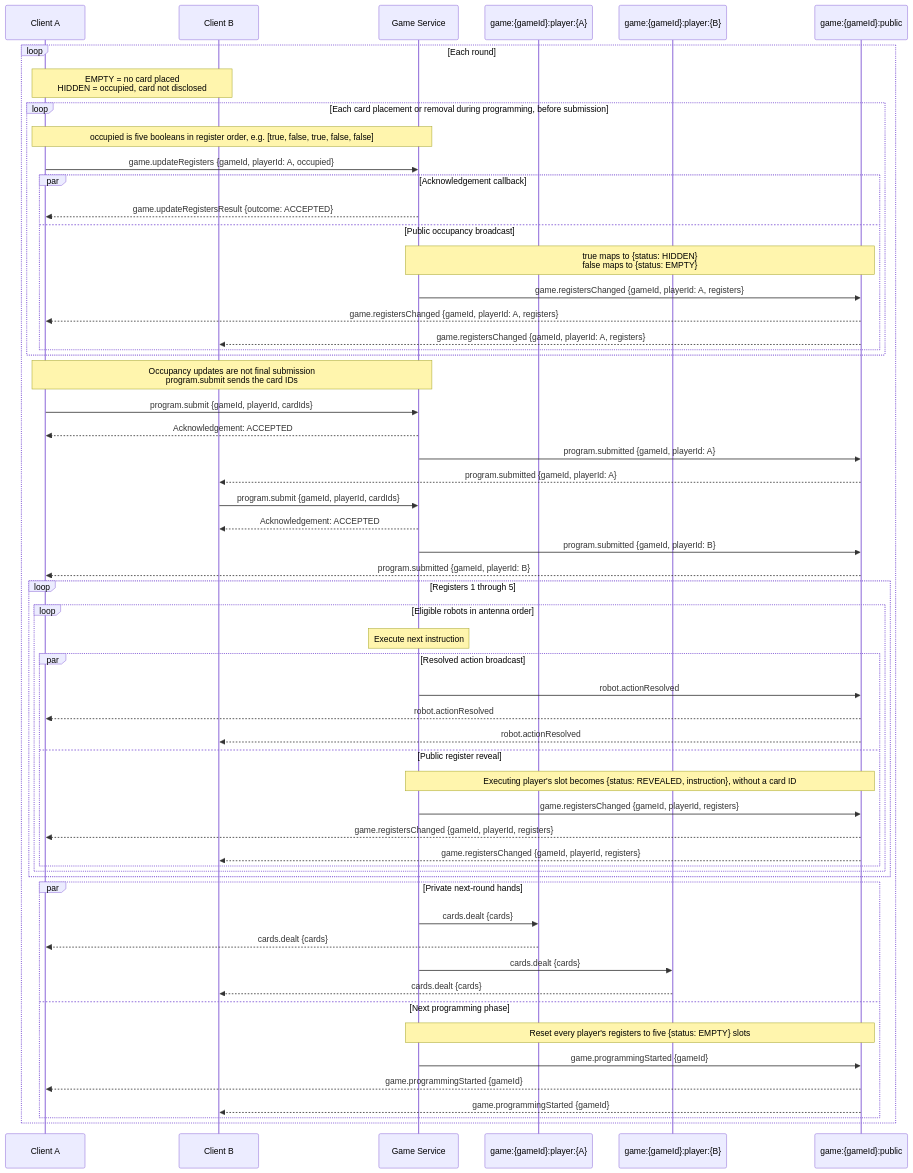
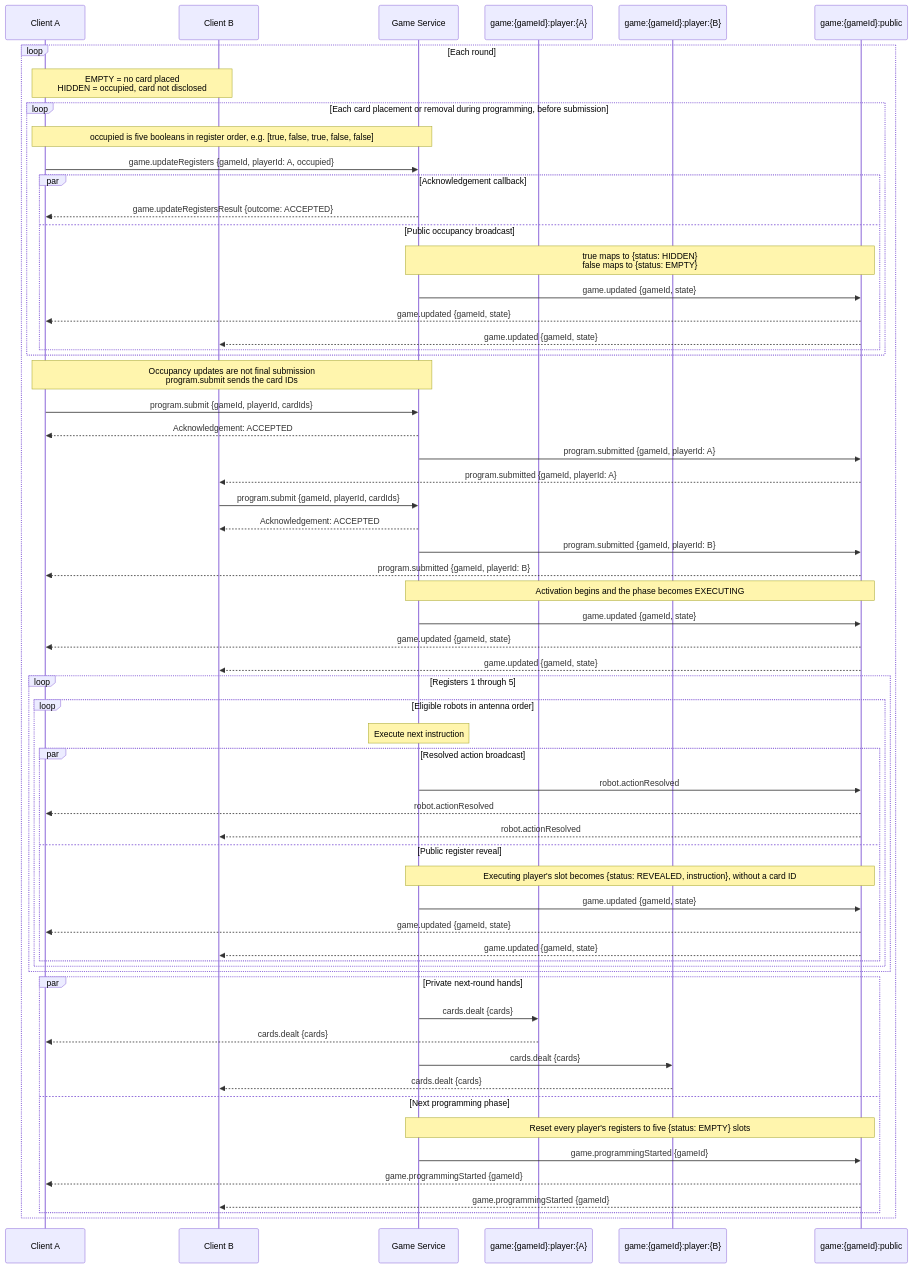
One commit to hananinas/RoboRally changed the second of 4 diagrams in docs/Communication.md. Above: the diagram before and after it, drawn with Mermaid. The commit also changed other lines of this file and 2 other files, not shown here.

Commit message:
docs: publish registers through the shared game state
Replaces the per-player game.registersChanged message with game.updated, whose
state omits the board clients already hold, and records that revealed slots stay
published until game.programmingStarted resets them.

Part of #143

````diff
--- a/docs/Communication.md
+++ b/docs/Communication.md
@@ -205,62 +205,66 @@
 ```mermaid
 sequenceDiagram
     participant A as Client A
     participant B as Client B
     participant Server as Game Service
     participant PrivateA as game:{gameId}:player:{A}
     participant PrivateB as game:{gameId}:player:{B}
     participant Public as game:{gameId}:public
 
     loop Each round
         Note over A,B: EMPTY = no card placed<br/>HIDDEN = occupied, card not disclosed
         loop Each card placement or removal during programming, before submission
             Note over A,Server: occupied is five booleans in register order, e.g. [true, false, true, false, false]
             A->>Server: game.updateRegisters {gameId, playerId: A, occupied}
             par Acknowledgement callback
                 Server-->>A: game.updateRegistersResult {outcome: ACCEPTED}
             and Public occupancy broadcast
                 Note over Server,Public: true maps to {status: HIDDEN}<br/>false maps to {status: EMPTY}
-                Server->>Public: game.registersChanged {gameId, playerId: A, registers}
-                Public-->>A: game.registersChanged {gameId, playerId: A, registers}
-                Public-->>B: game.registersChanged {gameId, playerId: A, registers}
+                Server->>Public: game.updated {gameId, state}
+                Public-->>A: game.updated {gameId, state}
+                Public-->>B: game.updated {gameId, state}
             end
         end
         Note over A,Server: Occupancy updates are not final submission<br/>program.submit sends the card IDs
         A->>Server: program.submit {gameId, playerId, cardIds}
         Server-->>A: Acknowledgement: ACCEPTED
         Server->>Public: program.submitted {gameId, playerId: A}
         Public-->>B: program.submitted {gameId, playerId: A}
 
         B->>Server: program.submit {gameId, playerId, cardIds}
         Server-->>B: Acknowledgement: ACCEPTED
         Server->>Public: program.submitted {gameId, playerId: B}
         Public-->>A: program.submitted {gameId, playerId: B}
+        Note over Server,Public: Activation begins and the phase becomes EXECUTING
+        Server->>Public: game.updated {gameId, state}
+        Public-->>A: game.updated {gameId, state}
+        Public-->>B: game.updated {gameId, state}
         loop Registers 1 through 5
             loop Eligible robots in antenna order
                 Note over Server: Execute next instruction
                 par Resolved action broadcast
                     Server->>Public: robot.actionResolved
                     Public-->>A: robot.actionResolved
                     Public-->>B: robot.actionResolved
                 and Public register reveal
                     Note over Server,Public: Executing player's slot becomes {status: REVEALED, instruction}, without a card ID
-                    Server->>Public: game.registersChanged {gameId, playerId, registers}
-                    Public-->>A: game.registersChanged {gameId, playerId, registers}
-                    Public-->>B: game.registersChanged {gameId, playerId, registers}
+                    Server->>Public: game.updated {gameId, state}
+                    Public-->>A: game.updated {gameId, state}
+                    Public-->>B: game.updated {gameId, state}
                 end
             end
         end
 
         par Private next-round hands
             Server->>PrivateA: cards.dealt {cards}
             PrivateA-->>A: cards.dealt {cards}
             Server->>PrivateB: cards.dealt {cards}
             PrivateB-->>B: cards.dealt {cards}
         and Next programming phase
             Note over Server,Public: Reset every player's registers to five {status: EMPTY} slots
             Server->>Public: game.programmingStarted {gameId}
             Public-->>A: game.programmingStarted {gameId}
             Public-->>B: game.programmingStarted {gameId}
         end
     end
 ```
````
